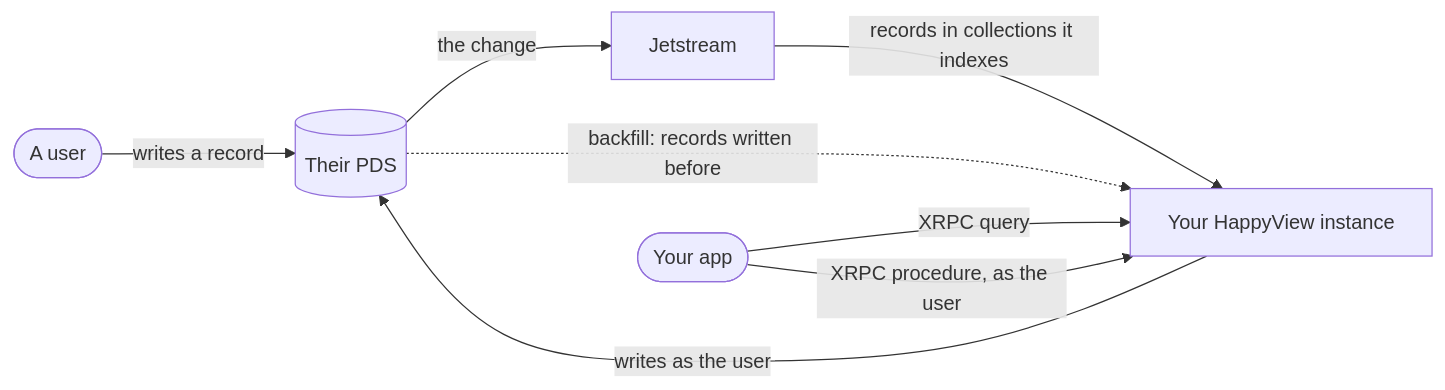
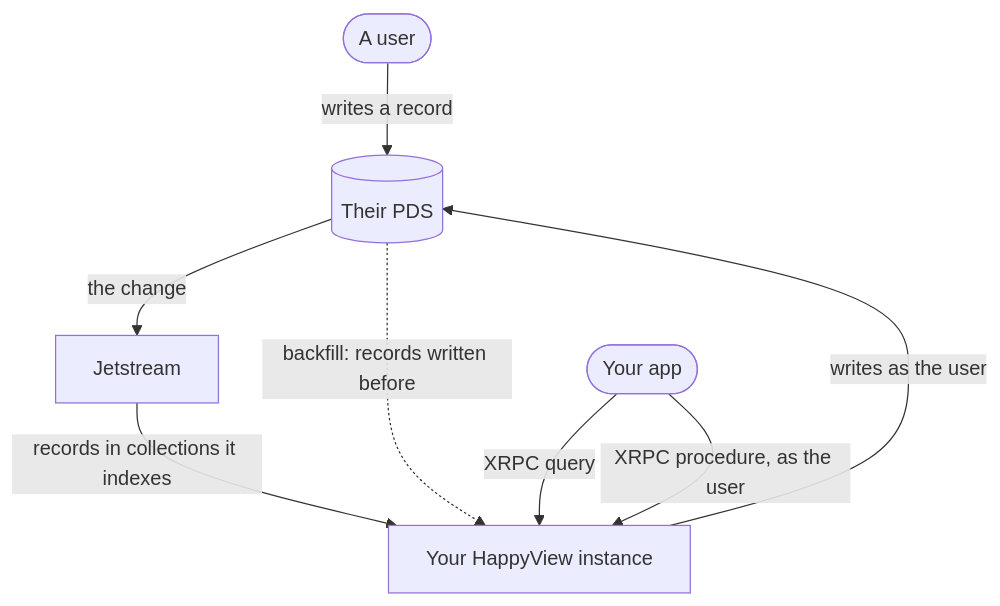
Before and after one commit to happyproto/happyview-docs: the diagram in src/content/docs/docs/getting-started/how-happyview-fits-atproto.md, drawn with Mermaid. The commit also changed 10 other files, not shown here.

Commit message:
design: fit diagrams, stack tables by column width, carry the version switch, report failed sign-in

````diff
--- a/src/content/docs/docs/getting-started/how-happyview-fits-atproto.md
+++ b/src/content/docs/docs/getting-started/how-happyview-fits-atproto.md
@@ -24,11 +24,11 @@
 ```mermaid
-flowchart LR
+flowchart TD
   accTitle: How a record reaches your app
   user([A user]) -- writes a record --> pds[(Their PDS)]
   pds -- the change --> jetstream[Jetstream]
   jetstream -- records in collections it indexes --> instance[Your HappyView instance]
   pds -. backfill: records written before .-> instance
   app([Your app]) -- XRPC query --> instance
   app -- XRPC procedure, as the user --> instance
   instance -- writes as the user --> pds
 ```
````
